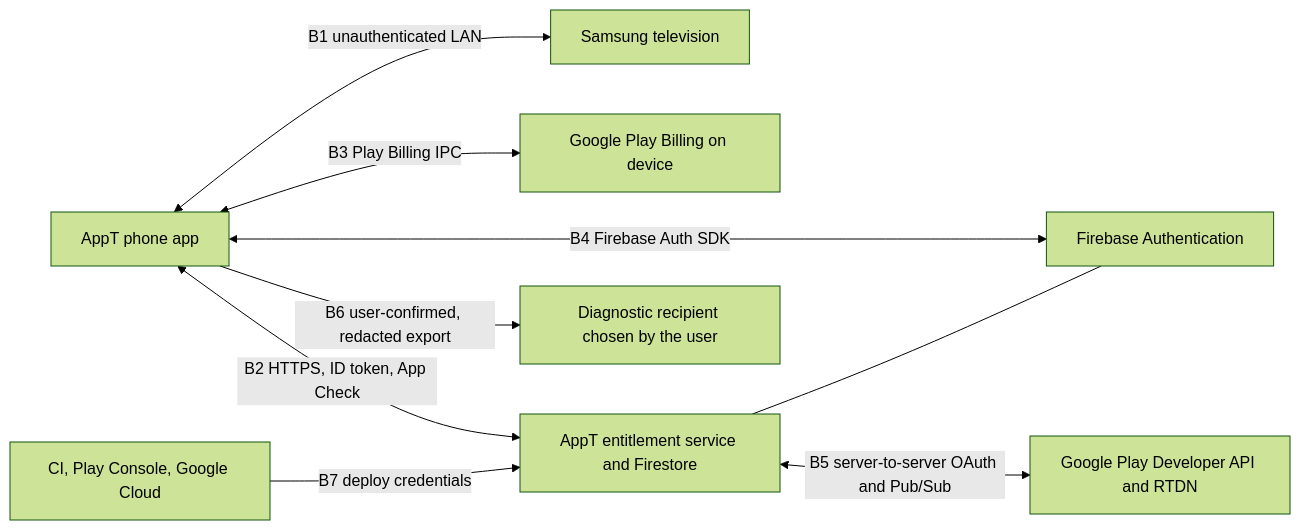
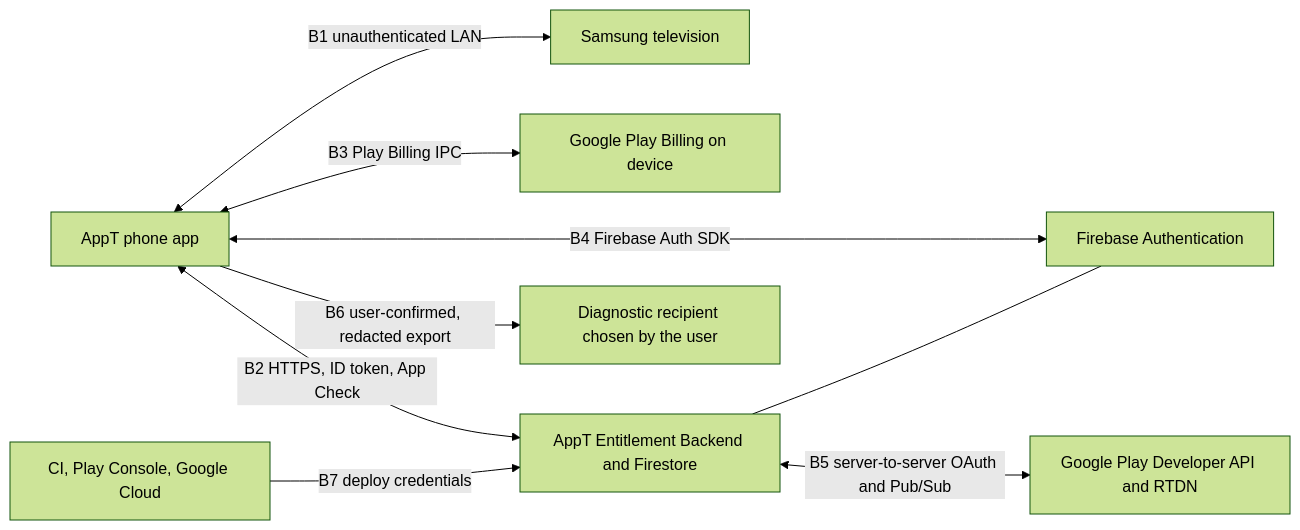
The diagram in docs/architecture/security.md (anthracite-labs/AppT), drawn with Mermaid (forest theme) before and after one commit. The commit also changed other lines of this file and 8 other files, not shown here.

````diff
--- a/docs/architecture/security.md
+++ b/docs/architecture/security.md
@@ -38,19 +38,19 @@
 ```mermaid
 flowchart LR
   tv["Samsung television"]
   phone["AppT phone app"]
   play["Google Play Billing on device"]
   auth["Firebase Authentication"]
-  backend["AppT entitlement service and Firestore"]
+  backend["AppT Entitlement Backend and Firestore"]
   playapi["Google Play Developer API and RTDN"]
   ci["CI, Play Console, Google Cloud"]
 
   phone <-->|"B1 unauthenticated LAN"| tv
   phone <-->|"B2 HTTPS, ID token, App Check"| backend
   phone <-->|"B3 Play Billing IPC"| play
   phone <-->|"B4 Firebase Auth SDK"| auth
   backend <-->|"B5 server-to-server OAuth and Pub/Sub"| playapi
   phone -->|"B6 user-confirmed, redacted export"| outside["Diagnostic recipient chosen by the user"]
   ci -->|"B7 deploy credentials"| backend
   backend --- auth
 ```
````
